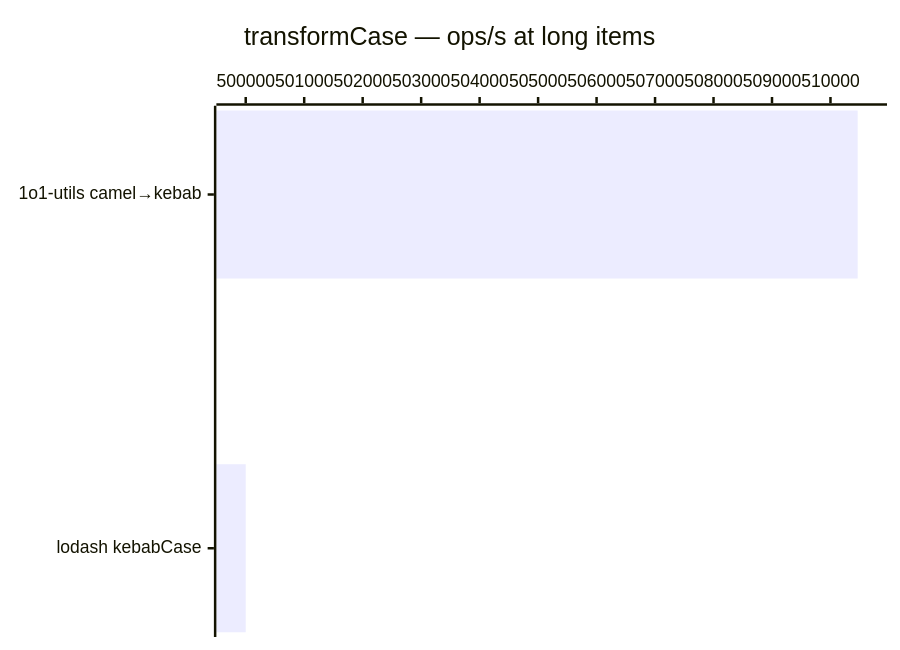
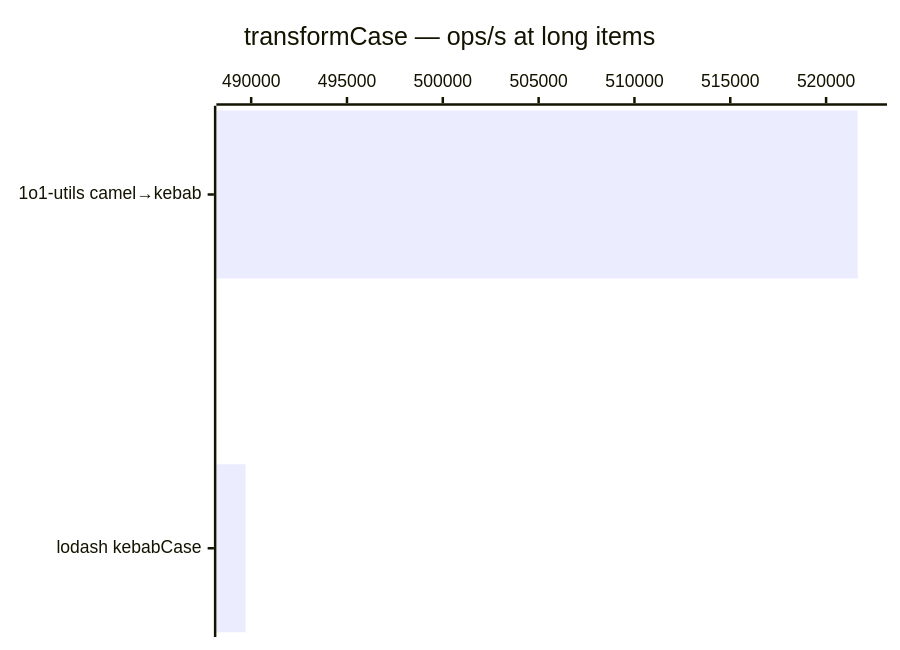
One commit to pedrotroccoli/1o1-utils changed the diagram in docs/benchmarks/transform-case.md. Above: the diagram before and after it, drawn with Mermaid. The commit also changed other lines of this file and 2 other files, not shown here.

````diff
--- a/docs/benchmarks/transform-case.md
+++ b/docs/benchmarks/transform-case.md
@@ -15,6 +15,6 @@
 ```mermaid
 xychart-beta horizontal
   title "transformCase — ops/s at long items"
   x-axis ["1o1-utils camel→kebab", "lodash kebabCase"]
-  bar [510465, 500000]
+  bar [521648, 489716]
 ```
````
